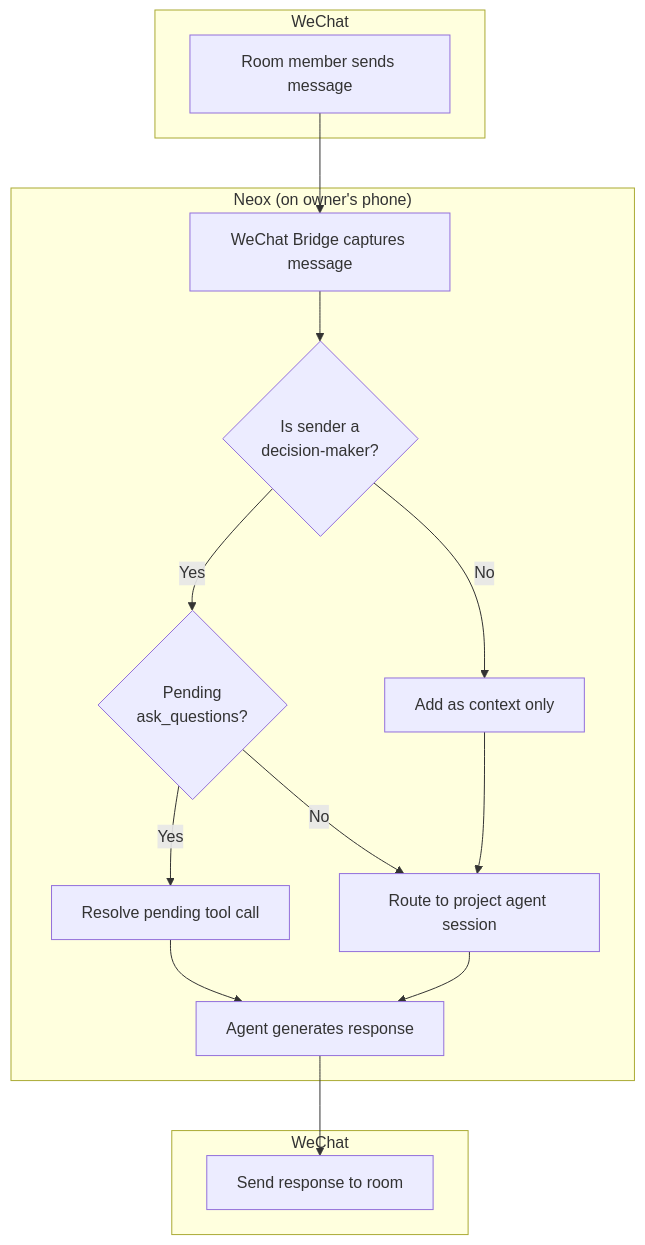
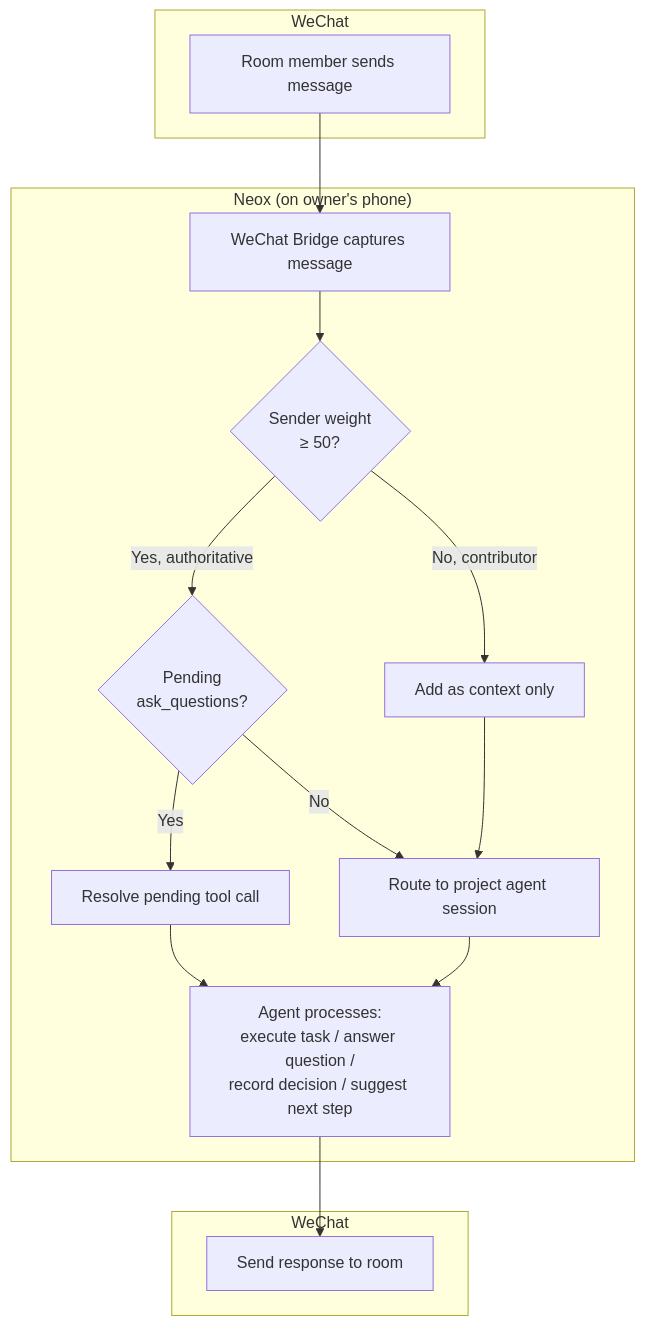
Before and after one commit to lalalic/neox: the second of 7 diagrams in docs/2026-04-10-wechat-bidirectional-design.md, drawn with Mermaid. The commit also changed other lines of this file, not shown here.

Commit message:
docs: unify scen1 as project assistant, add decision weight system

````diff
--- a/docs/2026-04-10-wechat-bidirectional-design.md
+++ b/docs/2026-04-10-wechat-bidirectional-design.md
@@ -56,28 +53,28 @@
 ```mermaid
 flowchart TB
     subgraph WeChat
         M[Room member sends message]
     end
 
     subgraph Neox["Neox (on owner's phone)"]
         B[WeChat Bridge captures message]
-        R{Is sender a<br/>decision-maker?}
+        W{Sender weight<br/>≥ 50?}
         Q{Pending<br/>ask_questions?}
         A[Route to project agent session]
         T[Resolve pending tool call]
         C[Add as context only]
-        S[Agent generates response]
+        S[Agent processes:<br/>execute task / answer question /<br/>record decision / suggest next step]
     end
 
     subgraph WeChat2[WeChat]
         O[Send response to room]
     end
 
-    M --> B --> R
-    R -->|Yes| Q
-    R -->|No| C
+    M --> B --> W
+    W -->|Yes, authoritative| Q
+    W -->|No, contributor| C
     Q -->|Yes| T --> S
     Q -->|No| A --> S
     C --> A
     S --> O
 ```
````
